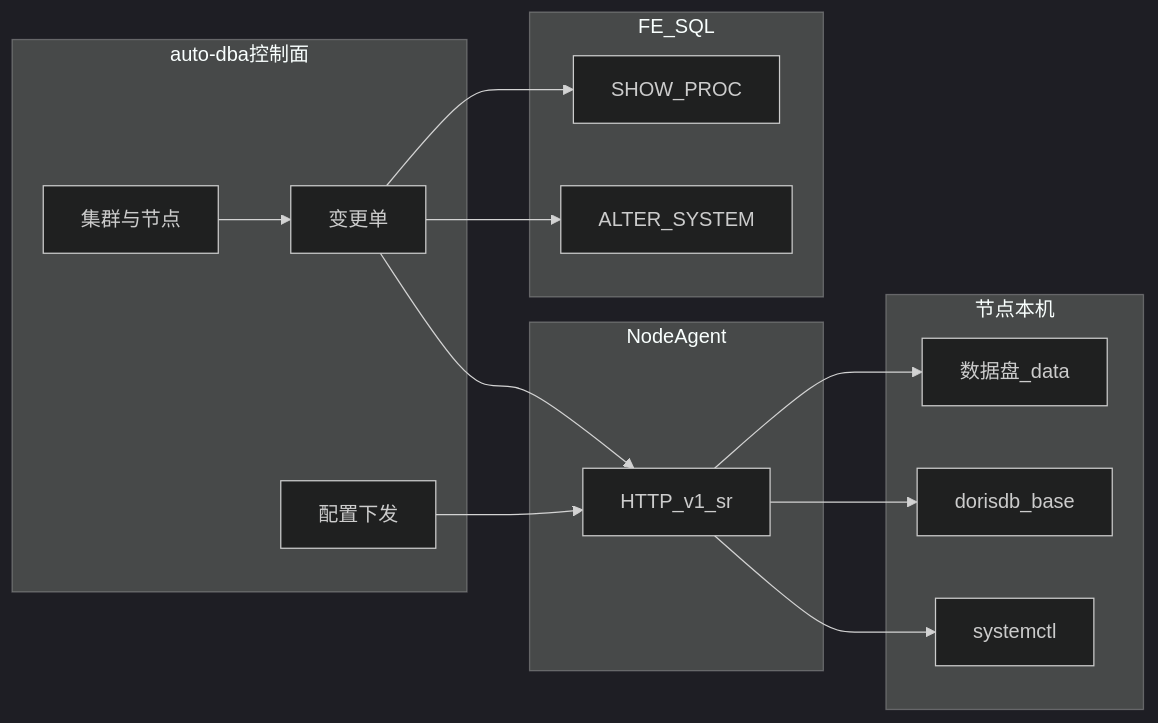
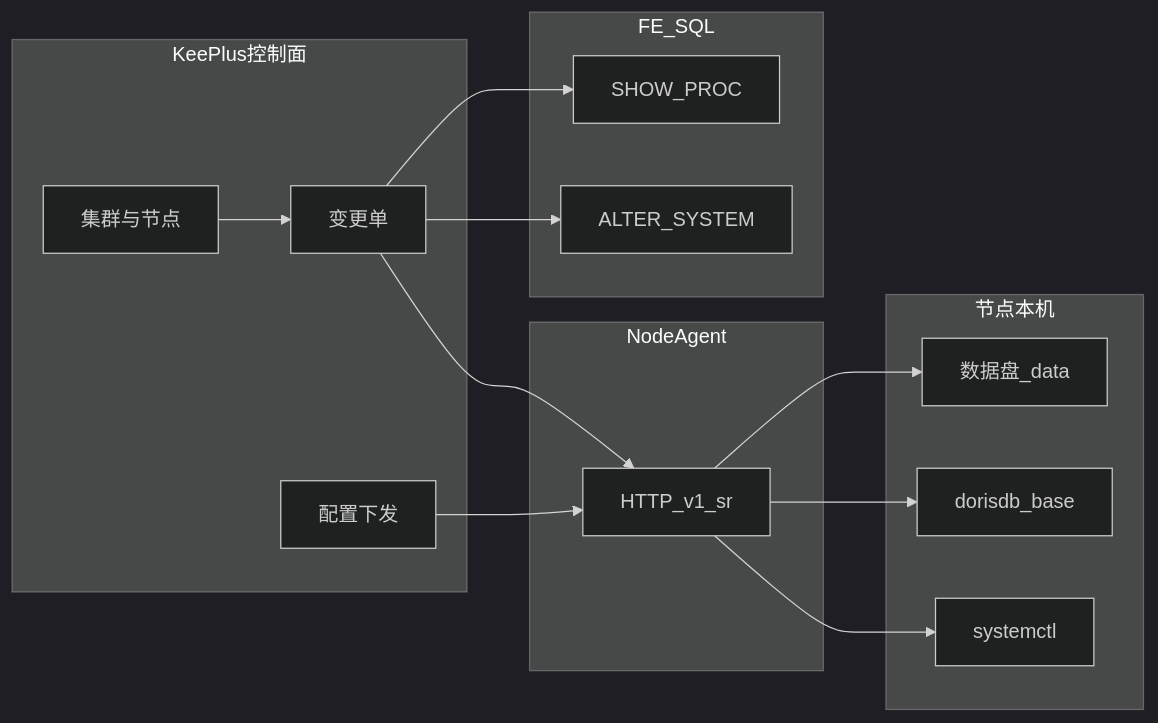
The first of 7 diagrams in docs/sr-cluster.md (dbaspace/auto-dba), drawn with Mermaid (dark theme) before and after one commit. The commit also changed other lines of this file and 7 other files, not shown here.

````diff
--- a/docs/sr-cluster.md
+++ b/docs/sr-cluster.md
@@ -58,28 +58,28 @@
 ```mermaid
 flowchart LR
-  subgraph plat [auto-dba控制面]
+  subgraph plat [KeePlus控制面]
     Reg[集群与节点]
     Job[变更单]
     Cfg[配置下发]
   end
   subgraph agents [NodeAgent]
     Ag[HTTP_v1_sr]
   end
   subgraph node [节点本机]
     Disk[数据盘_data]
     Soft[dorisdb_base]
     Sys[systemctl]
   end
   subgraph meta [FE_SQL]
     Proc[SHOW_PROC]
     Alter[ALTER_SYSTEM]
   end
   Reg --> Job
   Job --> Ag
   Cfg --> Ag
   Ag --> Soft
   Ag --> Disk
   Ag --> Sys
   Job --> Alter
   Job --> Proc
 ```
````
